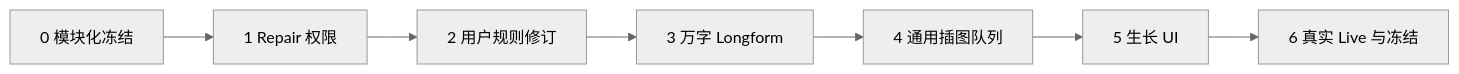
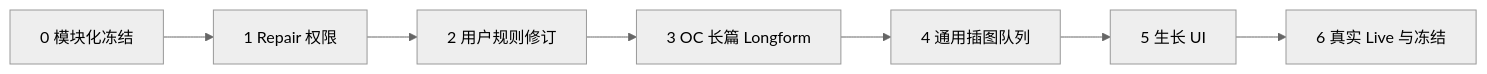
One commit to ccbili30-collab/novelx changed the diagram in docs/plans/2026-07-16-hackathon-interactive-growth-completion.md. Above: the diagram before and after it, drawn with Mermaid (neutral theme). The commit also changed other lines of this file and 77 other files, not shown here.

````diff
--- a/docs/plans/2026-07-16-hackathon-interactive-growth-completion.md
+++ b/docs/plans/2026-07-16-hackathon-interactive-growth-completion.md
@@ -96,9 +96,9 @@
 ```mermaid
 flowchart LR
     S0["0 模块化冻结"] --> S1["1 Repair 权限"]
     S1 --> S2["2 用户规则修订"]
-    S2 --> S3["3 万字 Longform"]
+    S2 --> S3["3 OC 长篇 Longform"]
     S3 --> S4["4 通用插图队列"]
     S4 --> S5["5 生长 UI"]
     S5 --> S6["6 真实 Live 与冻结"]
 ```
````
